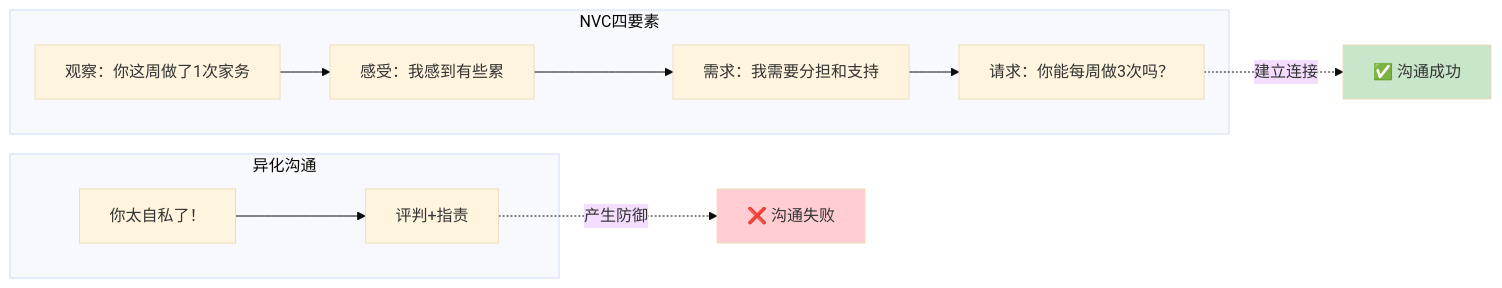
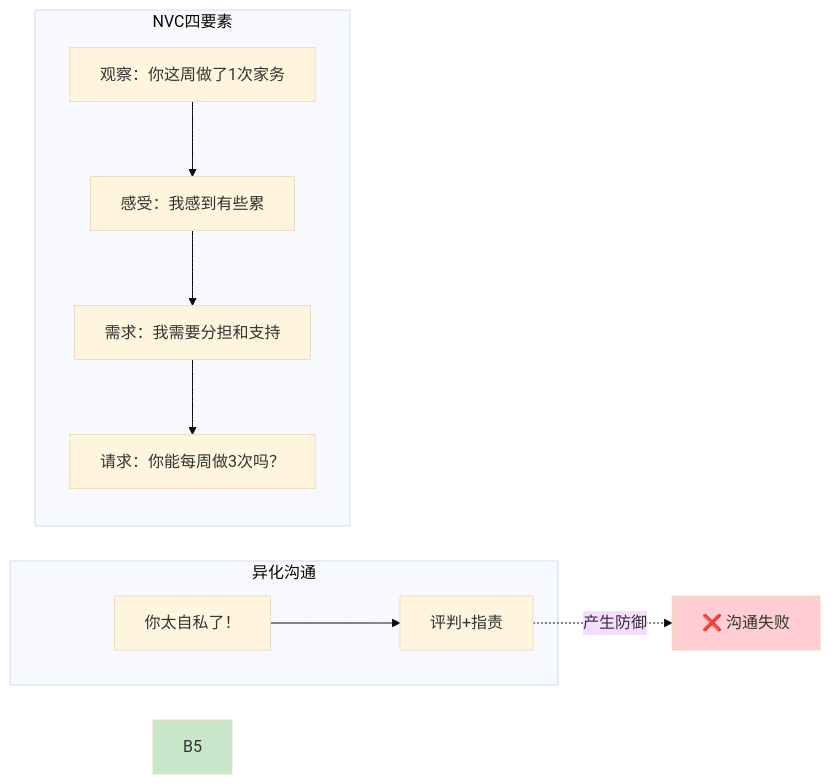
One commit to ql-wade/buffett-knowledge-base changed the fourth of 10 diagrams in content/psychology/非暴力沟通-章节拆解/第1章-让爱融入生活.md. Above: the diagram before and after it, drawn with Mermaid (base theme). The commit also changed other lines of this file and 77 other files, not shown here.

````diff
--- a/content/psychology/非暴力沟通-章节拆解/第1章-让爱融入生活.md
+++ b/content/psychology/非暴力沟通-章节拆解/第1章-让爱融入生活.md
@@ -184,18 +184,17 @@
 ```mermaid
 flowchart LR
     subgraph 异化沟通
         A1[你太自私了！] --> A2[评判+指责]
     end
     
     subgraph NVC四要素
         B1[观察：你这周做了1次家务] --> B2[感受：我感到有些累]
         B2 --> B3[需求：我需要分担和支持]
         B3 --> B4[请求：你能每周做3次吗？]
     end
     
     A2 -.->|"产生防御"| A3[❌ 沟通失败]
-    B4 -.->|"建立连接"| B5[✅ 沟通成功]
     
     style A3 fill:#ffcdd2
     style B5 fill:#c8e6c9
 ```
````
